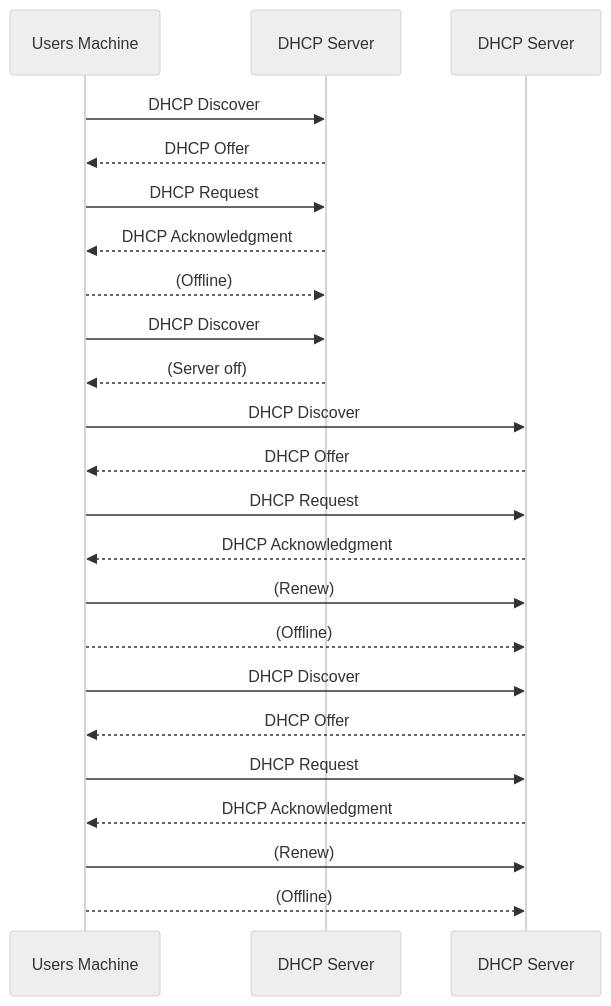
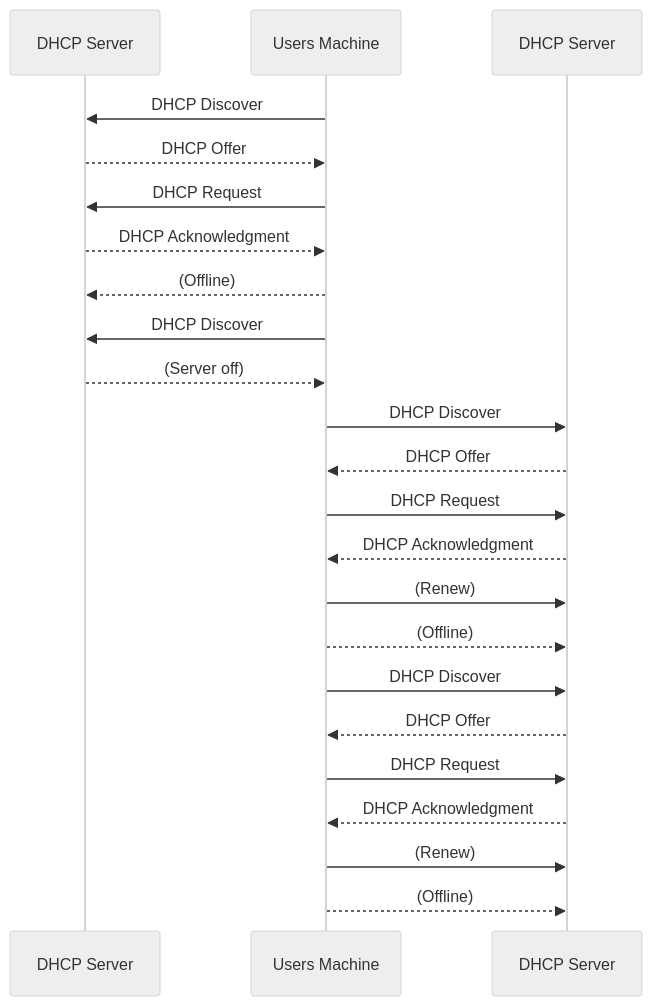
The diagram in README.md (Sensenkyloren/DHCPdiagram), drawn with Mermaid (neutral theme) before and after one commit. The commit also changed other lines of this file, not shown here.

````diff
--- a/README.md
+++ b/README.md
@@ -2,35 +2,35 @@
 ```mermaid
 sequenceDiagram
+    participant Server1 as DHCP Server #1
     participant User as Users Machine
-    participant Server1 as DHCP Server #1
     participant Server2 as DHCP Server #2
 
     User->>Server1: DHCP Discover
     Server1-->>User: DHCP Offer 
 
     User->>Server1: DHCP Request 
     Server1-->>User: DHCP Acknowledgment 
 
     User-->>Server1: (Offline)
 
     User->>Server1: DHCP Discover
     Server1-->>User: (Server off)
 
     User->>Server2: DHCP Discover
     Server2-->>User: DHCP Offer 
     User->>Server2: DHCP Request 
     Server2-->>User: DHCP Acknowledgment 
 
     User->>Server2: (Renew)
 
     User-->>Server2: (Offline)
 
     User->>Server2: DHCP Discover
     Server2-->>User: DHCP Offer
     User->>Server2: DHCP Request
     Server2-->>User: DHCP Acknowledgment
 
     User->>Server2: (Renew)
 
     User-->>Server2: (Offline)
 ```
````
